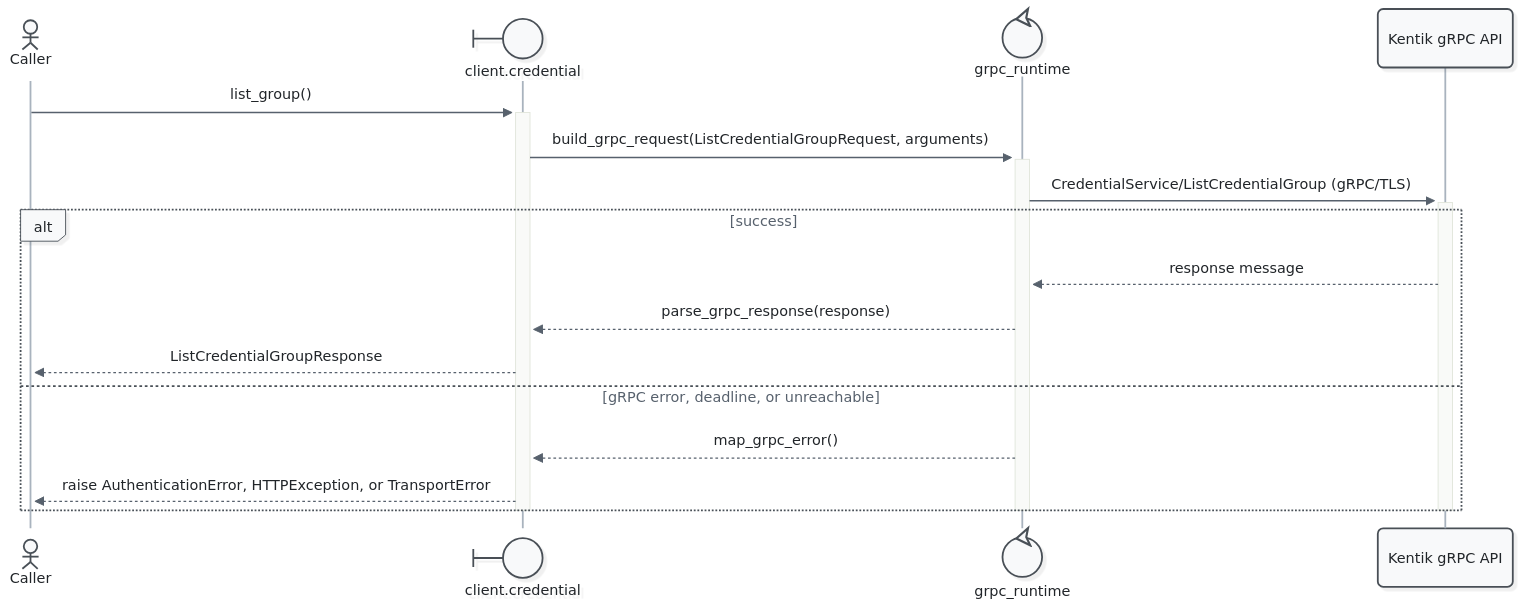
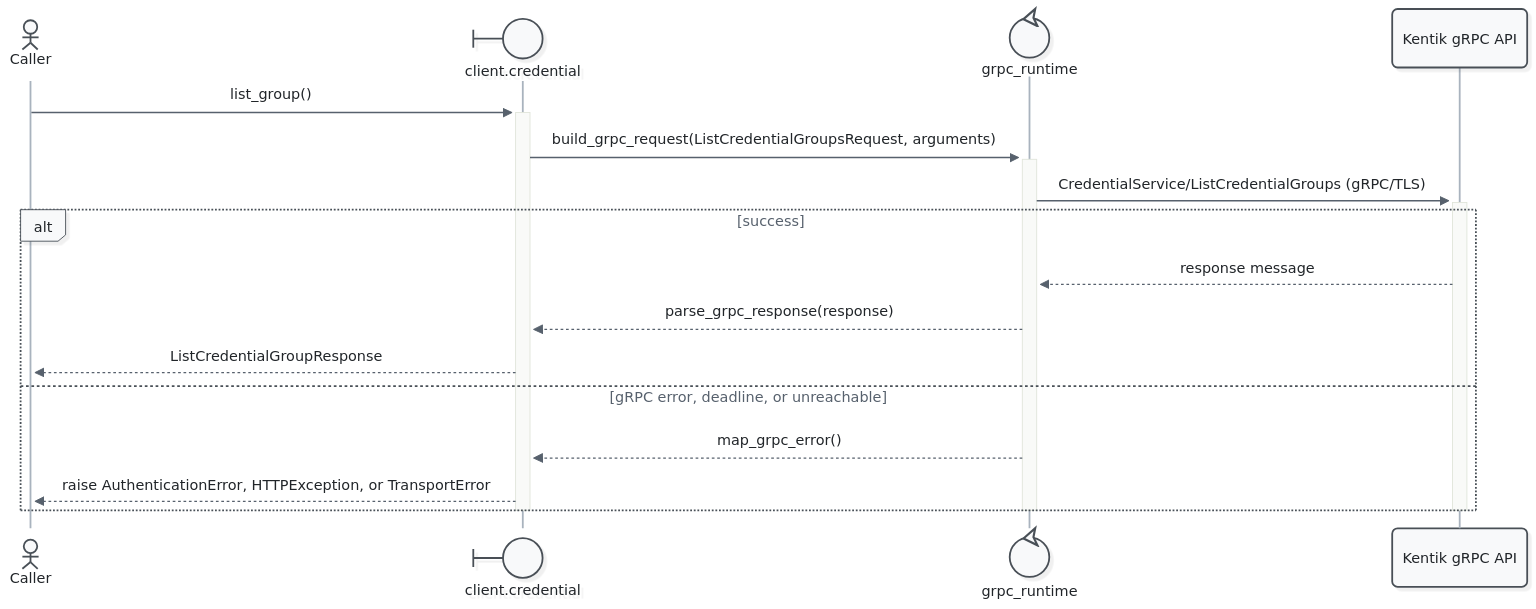
Before and after one commit to alexdearaujo/community_sdk_python: the tenth of 21 diagrams in docs/sphinx/services/credential.md, drawn with Mermaid. The commit also changed other lines of this file and 160 other files, not shown here.

First line of the commit message:
chore: sync schema to 5d1d2fa

````diff
--- a/docs/sphinx/services/credential.md
+++ b/docs/sphinx/services/credential.md
@@ -57,23 +388,23 @@
 ```mermaid
 %%{init: {"theme": "redux", "look": "neo", "layout": "elk", "fontFamily": "ui-monospace, SFMono-Regular, Menlo, monospace", "themeVariables": {"fontFamily": "ui-monospace, SFMono-Regular, Menlo, monospace", "primaryColor": "#f8f9fa", "primaryBorderColor": "#495057", "primaryTextColor": "#212529", "textColor": "#212529", "lineColor": "#77818c", "edgeLabelBackground": "#ffffff", "actorBkg": "#f8f9fa", "actorBorder": "#495057", "actorTextColor": "#212529", "actorLineColor": "#a9b3be", "signalColor": "#57616d", "signalTextColor": "#212529", "labelBoxBkgColor": "#f8f9fa", "labelBoxBorderColor": "#495057", "labelTextColor": "#212529", "loopTextColor": "#57616d", "noteBkgColor": "#fff9db", "noteBorderColor": "#f08c00", "noteTextColor": "#a35a00"}, "sequence": {"activationWidth": 16}, "flowchart": {"curve": "basis", "nodeSpacing": 30, "rankSpacing": 70, "wrappingWidth": 400}}}%%
 sequenceDiagram
     actor C as Caller
     participant W@{ "type": "boundary" } as client.credential
     participant R@{ "type": "control" } as grpc_runtime
     participant API as Kentik gRPC API
 
     C->>+W: list_group()
-    W->>+R: build_grpc_request(ListCredentialGroupRequest, arguments)
-    R->>+API: CredentialService/ListCredentialGroup (gRPC/TLS)
+    W->>+R: build_grpc_request(ListCredentialGroupsRequest, arguments)
+    R->>+API: CredentialService/ListCredentialGroups (gRPC/TLS)
     alt success
         API-->>R: response message
         R-->>W: parse_grpc_response(response)
         W-->>C: ListCredentialGroupResponse
     else gRPC error, deadline, or unreachable
         R-->>W: map_grpc_error()
         W-->>C: raise AuthenticationError, HTTPException, or TransportError
     end
     deactivate API
     deactivate R
     deactivate W
 ```
````
